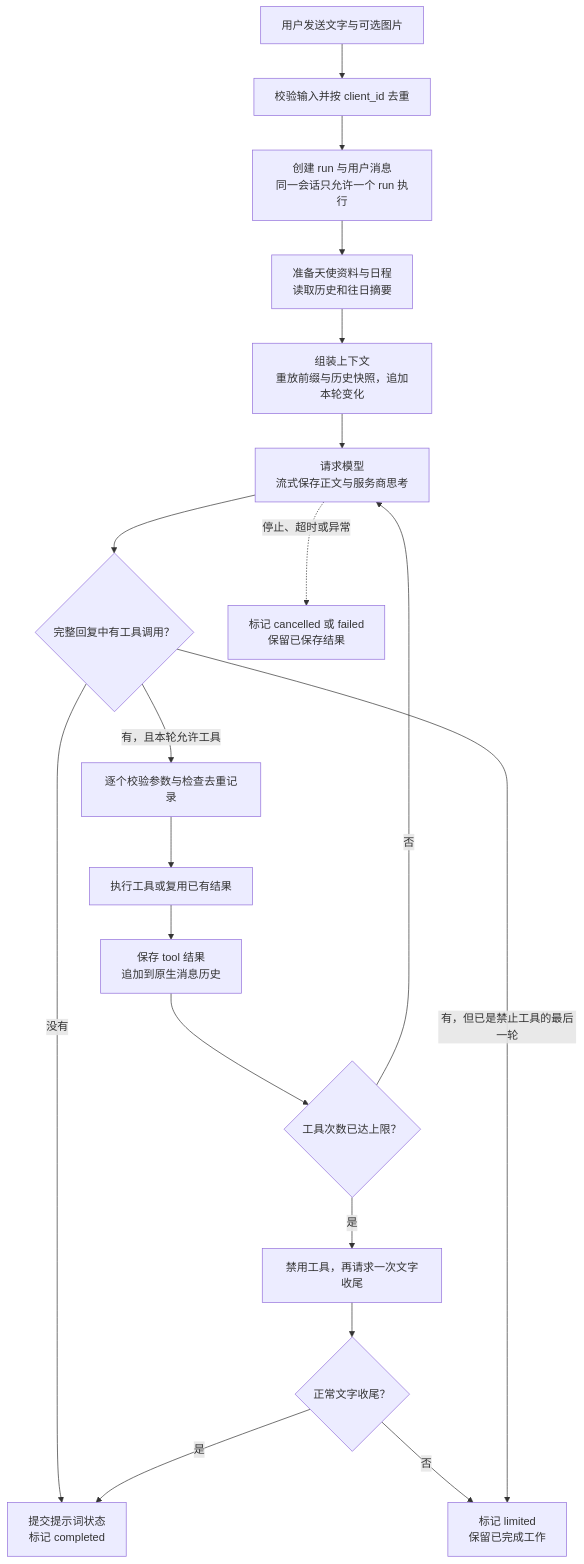
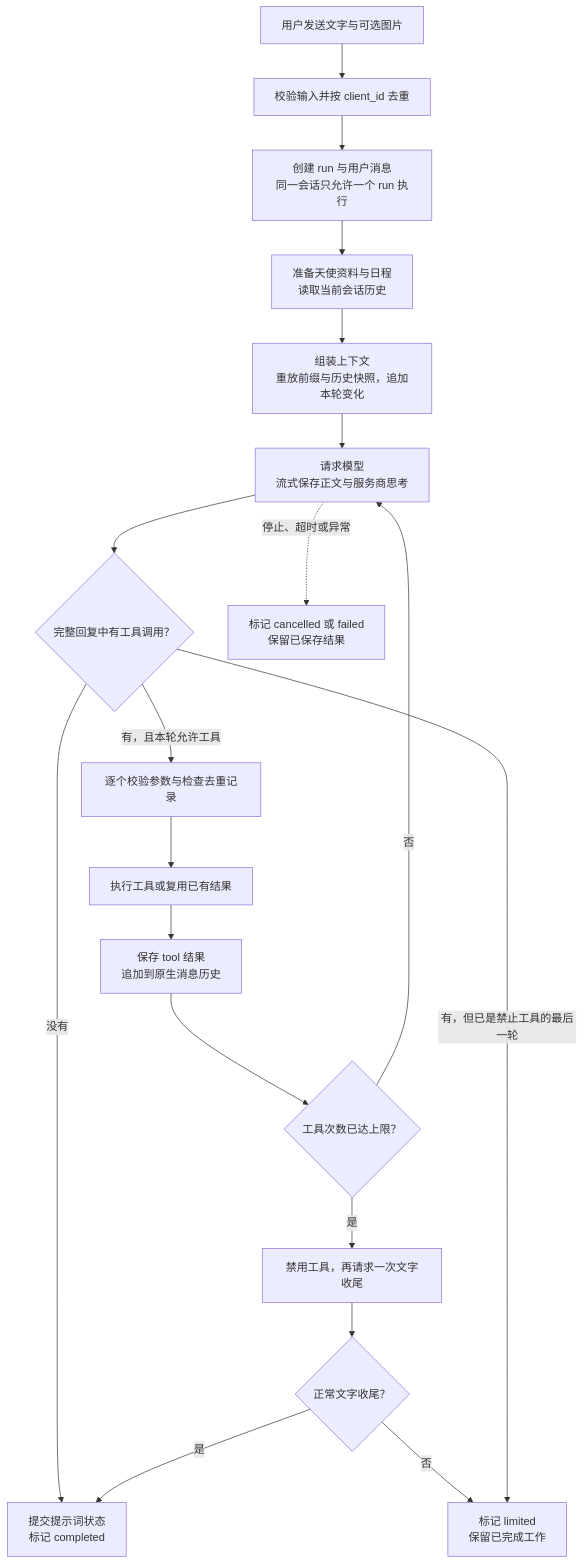
One commit to icecranberry/galgame-with-comfyUI changed the first of 2 diagrams in docs/god-says-agent-design.md. Above: the diagram before and after it, drawn with Mermaid. The commit also changed other lines of this file and 27 other files, not shown here.

````diff
--- a/docs/god-says-agent-design.md
+++ b/docs/god-says-agent-design.md
@@ -9,21 +9,21 @@
 ```mermaid
 flowchart TD
     A[用户发送文字与可选图片] --> B[校验输入并按 client_id 去重]
     B --> C[创建 run 与用户消息<br/>同一会话只允许一个 run 执行]
-    C --> D[准备天使资料与日程<br/>读取历史和往日摘要]
+    C --> D[准备天使资料与日程<br/>读取当前会话历史]
     D --> E[组装上下文<br/>重放前缀与历史快照，追加本轮变化]
     E --> F[请求模型<br/>流式保存正文与服务商思考]
     F --> G{完整回复中有工具调用？}
     G -->|没有| H[提交提示词状态<br/>标记 completed]
     G -->|有，且本轮允许工具| I[逐个校验参数与检查去重记录]
     I --> J[执行工具或复用已有结果]
     J --> K[保存 tool 结果<br/>追加到原生消息历史]
     K --> L{工具次数已达上限？}
     L -->|否| F
     L -->|是| M[禁用工具，再请求一次文字收尾]
     M --> N{正常文字收尾？}
     N -->|是| H
     N -->|否| O[标记 limited<br/>保留已完成工作]
     G -->|有，但已是禁止工具的最后一轮| O
     F -. 停止、超时或异常 .-> P[标记 cancelled 或 failed<br/>保留已保存结果]
 ```
````
